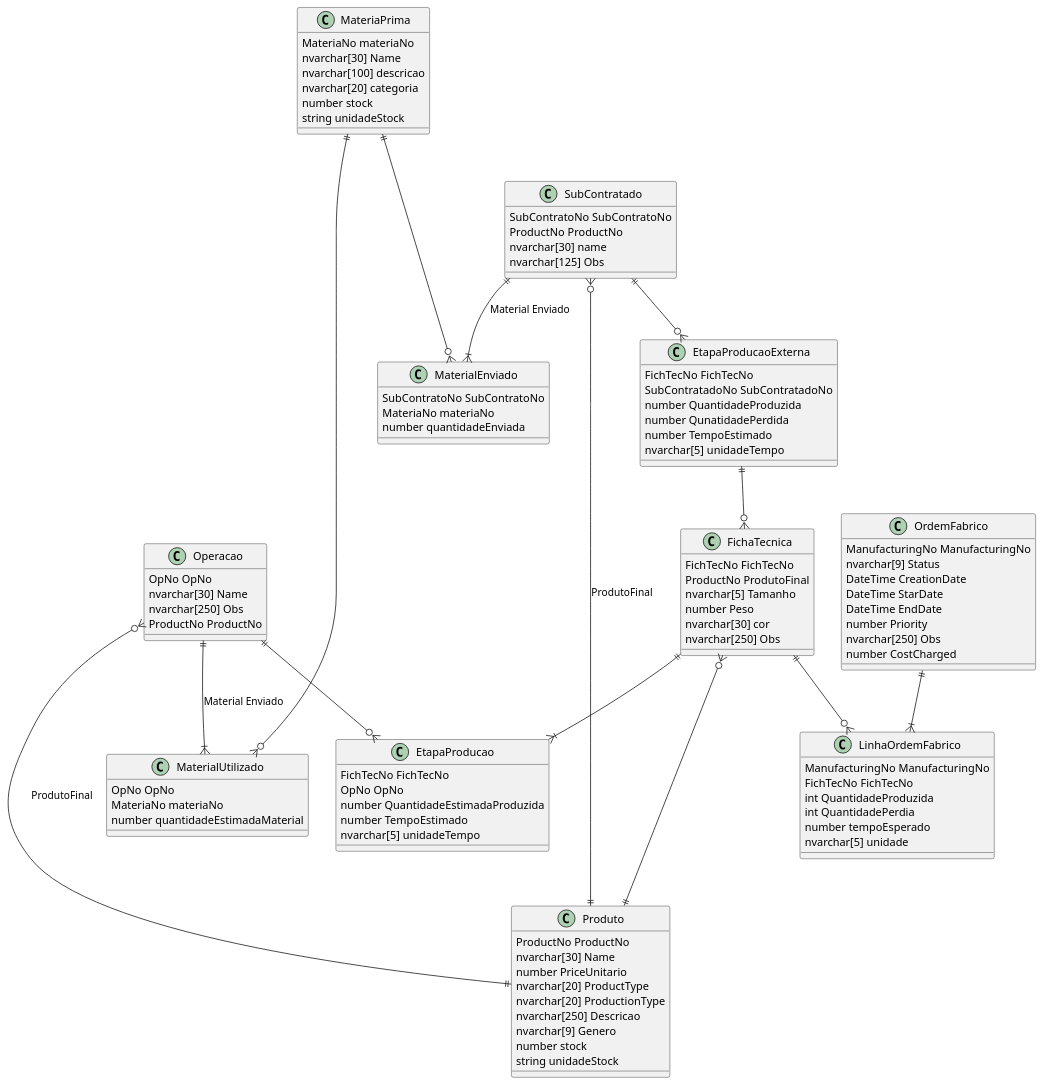
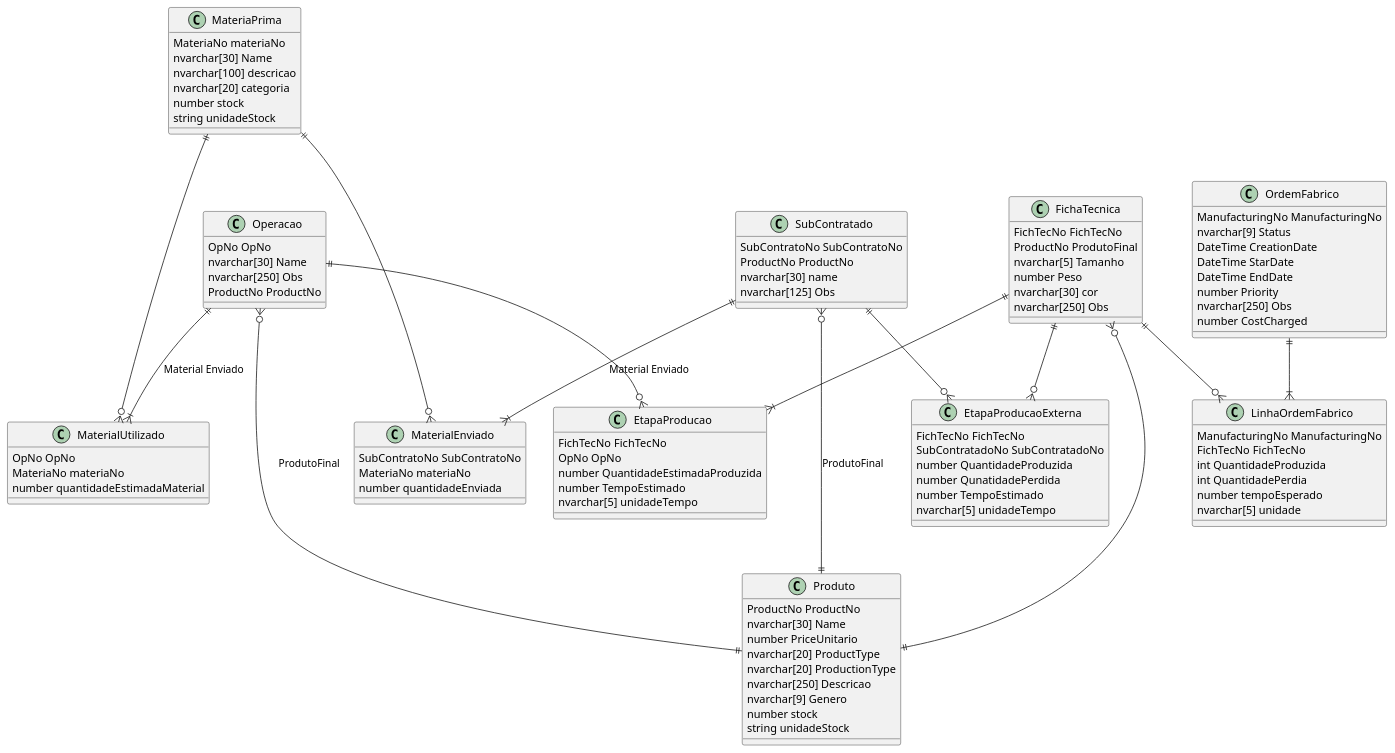
One commit to Arturito2005/TrabalhoBD changed the diagram in DesenhoLogico/Normalizacao/Final/NormalizacaoPorAprovrar.plantuml. Above: the diagram before and after it, drawn with PlantUML. The commit also changed 2 other files, not shown here.

```diff
--- a/DesenhoLogico/Normalizacao/Final/NormalizacaoPorAprovrar.plantuml
+++ b/DesenhoLogico/Normalizacao/Final/NormalizacaoPorAprovrar.plantuml
@@ -1,126 +1,125 @@
 @startuml Normalizacao
 
 class Produto {
     ProductNo ProductNo
     nvarchar[30] Name 
     number PriceUnitario 
     nvarchar[20] ProductType
     nvarchar[20] ProductionType
     nvarchar[250] Descricao
     nvarchar[9] Genero
     number stock 
     string unidadeStock
 }
 
 class MateriaPrima {
     MateriaNo materiaNo
     nvarchar[30] Name 
     nvarchar[100] descricao
     nvarchar[20] categoria
     number stock 
     string unidadeStock
 }
 
 class Operacao {
     OpNo OpNo
     nvarchar[30] Name 
     nvarchar[250] Obs
     ProductNo ProductNo 
 }
 
 class MaterialUtilizado {
     OpNo OpNo 
     MateriaNo materiaNo
     number quantidadeEstimadaMaterial
 }
 
 class SubContratado {
     SubContratoNo SubContratoNo
     ProductNo ProductNo 
     nvarchar[30] name
     nvarchar[125] Obs
 }
 
 class MaterialEnviado {
     SubContratoNo SubContratoNo 
     MateriaNo materiaNo
     number quantidadeEnviada
 }
 
 class FichaTecnica {
     FichTecNo FichTecNo
     ProductNo ProdutoFinal
     nvarchar[5] Tamanho
     number Peso
     nvarchar[30] cor
     nvarchar[250] Obs
 } 
 
 class EtapaProducao {
     FichTecNo FichTecNo
     OpNo OpNo
     number QuantidadeEstimadaProduzida  
     number TempoEstimado 
     nvarchar[5] unidadeTempo
 }
 
 class OrdemFabrico {
     ManufacturingNo ManufacturingNo
     nvarchar[9] Status 
     DateTime CreationDate
     DateTime StarDate
     DateTime EndDate
     number Priority
     nvarchar[250] Obs
     number CostCharged
 }
 
 class LinhaOrdemFabrico {
     ManufacturingNo ManufacturingNo
     FichTecNo FichTecNo
     int QuantidadeProduzida
     int QuantidadePerdia
     number tempoEsperado
     nvarchar[5] unidade
 }
 
 class EtapaProducaoExterna {
     FichTecNo FichTecNo
     SubContratadoNo SubContratadoNo
     number QuantidadeProduzida
     number QunatidadePerdida
     number TempoEstimado 
     nvarchar[5] unidadeTempo
 }
 
 /'
 Relacionamento da FichaTecnica
 '/
 FichaTecnica }o---|| Produto
 FichaTecnica ||--|{ EtapaProducao
 Operacao ||--o{ EtapaProducao
 
 /'
 Relacionamento Operacao
 '/
 Operacao }o---|| Produto: ProdutoFinal
 Operacao ||--|{ MaterialUtilizado: Material Enviado
 MateriaPrima ||---o{ MaterialUtilizado
 
 /'Relacionamento SubContrato'/
 SubContratado }o---|| Produto: ProdutoFinal
 SubContratado ||--|{ MaterialEnviado: Material Enviado
 MateriaPrima ||---o{ MaterialEnviado
 
 
 /'
 Relacionamento OrdemFabrico
 '/
 OrdemFabrico ||--|{ LinhaOrdemFabrico
-
-EtapaProducaoExterna ||--o{ FichaTecnica
+FichaTecnica ||--o{ EtapaProducaoExterna
 FichaTecnica ||--o{ LinhaOrdemFabrico
 
 SubContratado ||--o{ EtapaProducaoExterna
 
 @end
```
